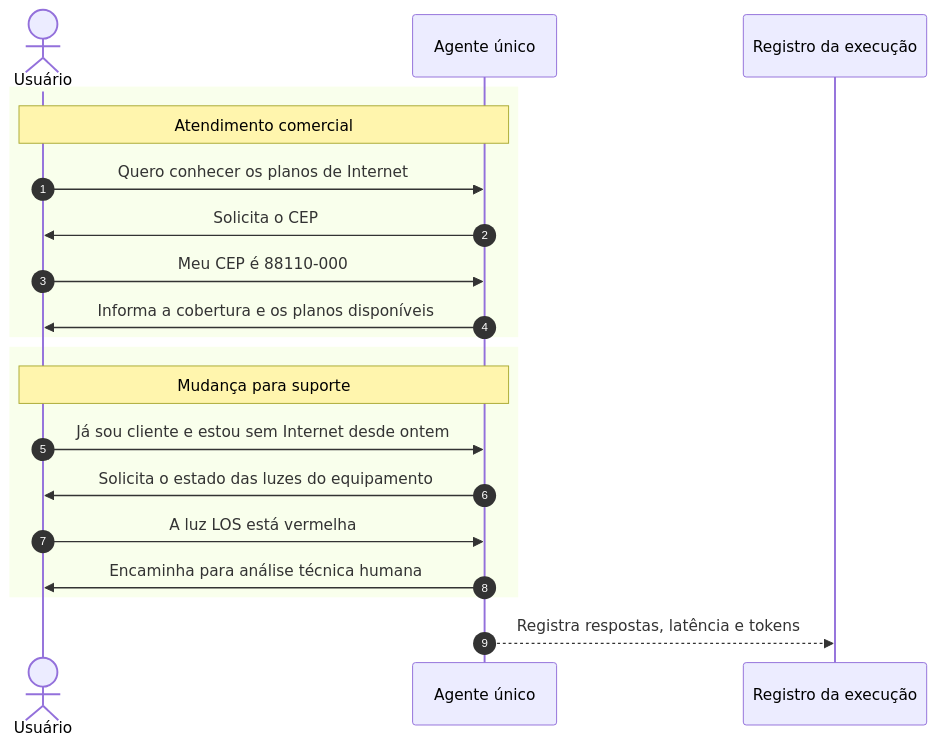
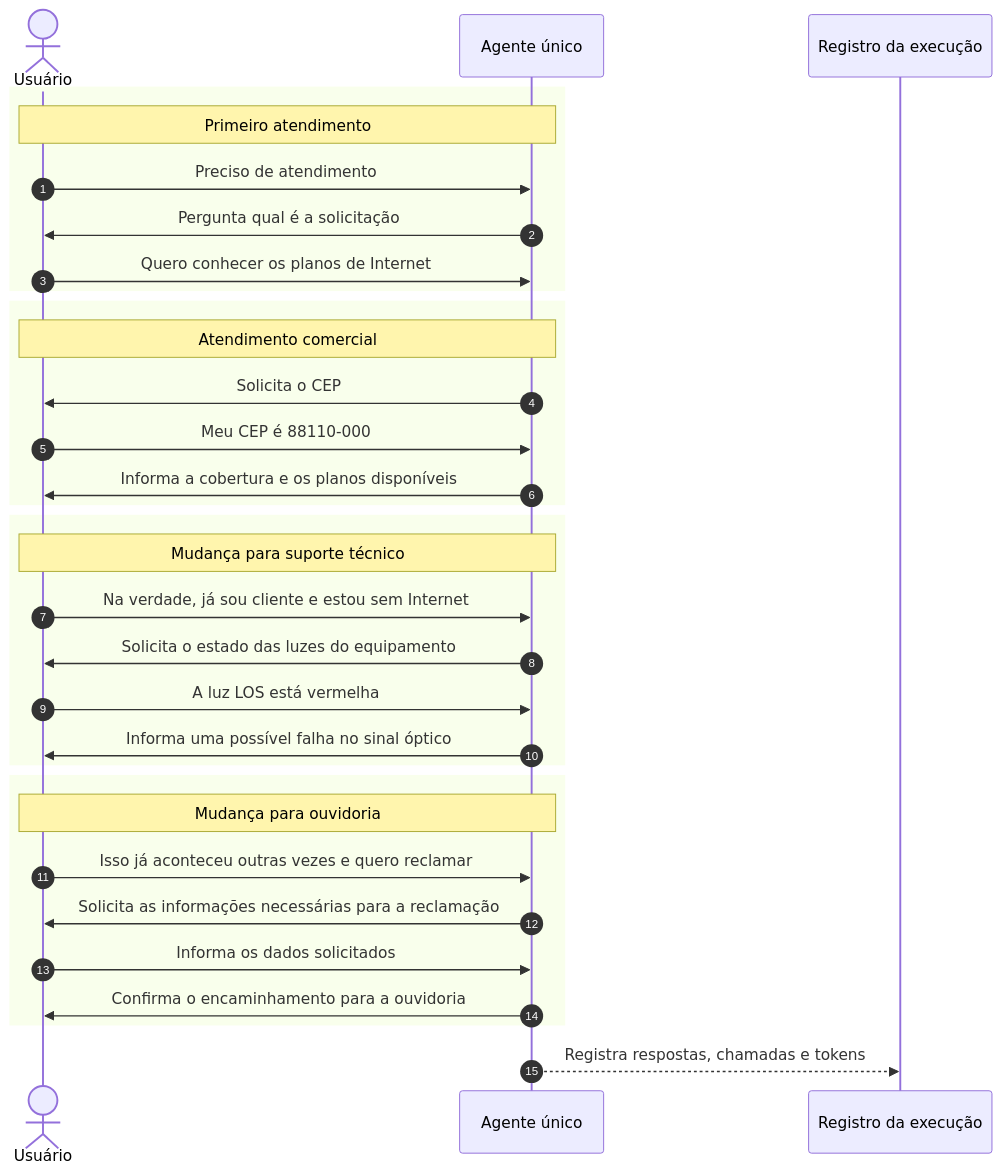
One commit to wagnerfloresdossantos/engtelecom-ifsc-sj changed the diagram in tcc-2026.2/prototipos/diagramas/fontes/arquitetura-agente-unico.md. Above: the diagram before and after it, drawn with Mermaid. The commit also changed other lines of this file and 18 other files, not shown here.

````diff
--- a/tcc-2026.2/prototipos/diagramas/fontes/arquitetura-agente-unico.md
+++ b/tcc-2026.2/prototipos/diagramas/fontes/arquitetura-agente-unico.md
@@ -1,26 +1,40 @@
 ```mermaid
 sequenceDiagram
     autonumber
 
     actor U as Usuário
     participant A as Agente único
     participant R as Registro da execução
 
     rect
+        Note over U,A: Primeiro atendimento
+        U->>A: Preciso de atendimento
+        A->>U: Pergunta qual é a solicitação
+        U->>A: Quero conhecer os planos de Internet
+    end
+
+    rect
         Note over U,A: Atendimento comercial
-        U->>A: Quero conhecer os planos de Internet
         A->>U: Solicita o CEP
         U->>A: Meu CEP é 88110-000
         A->>U: Informa a cobertura e os planos disponíveis
     end
 
     rect
-        Note over U,A: Mudança para suporte
-        U->>A: Já sou cliente e estou sem Internet desde ontem
+        Note over U,A: Mudança para suporte técnico
+        U->>A: Na verdade, já sou cliente e estou sem Internet
         A->>U: Solicita o estado das luzes do equipamento
         U->>A: A luz LOS está vermelha
-        A->>U: Encaminha para análise técnica humana
+        A->>U: Informa uma possível falha no sinal óptico
     end
 
-    A-->>R: Registra respostas, latência e tokens
+    rect
+        Note over U,A: Mudança para ouvidoria
+        U->>A: Isso já aconteceu outras vezes e quero reclamar
+        A->>U: Solicita as informações necessárias para a reclamação
+        U->>A: Informa os dados solicitados
+        A->>U: Confirma o encaminhamento para a ouvidoria
+    end
+
+    A-->>R: Registra respostas, chamadas e tokens
 ```
````
